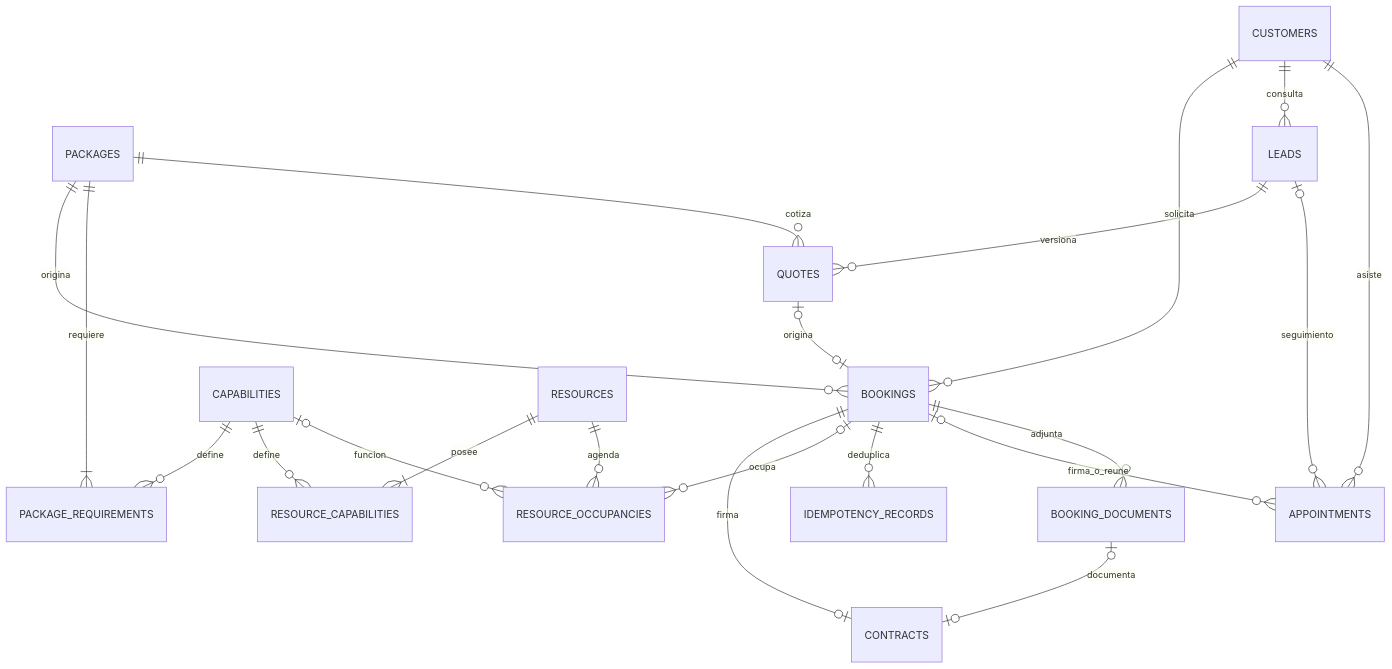
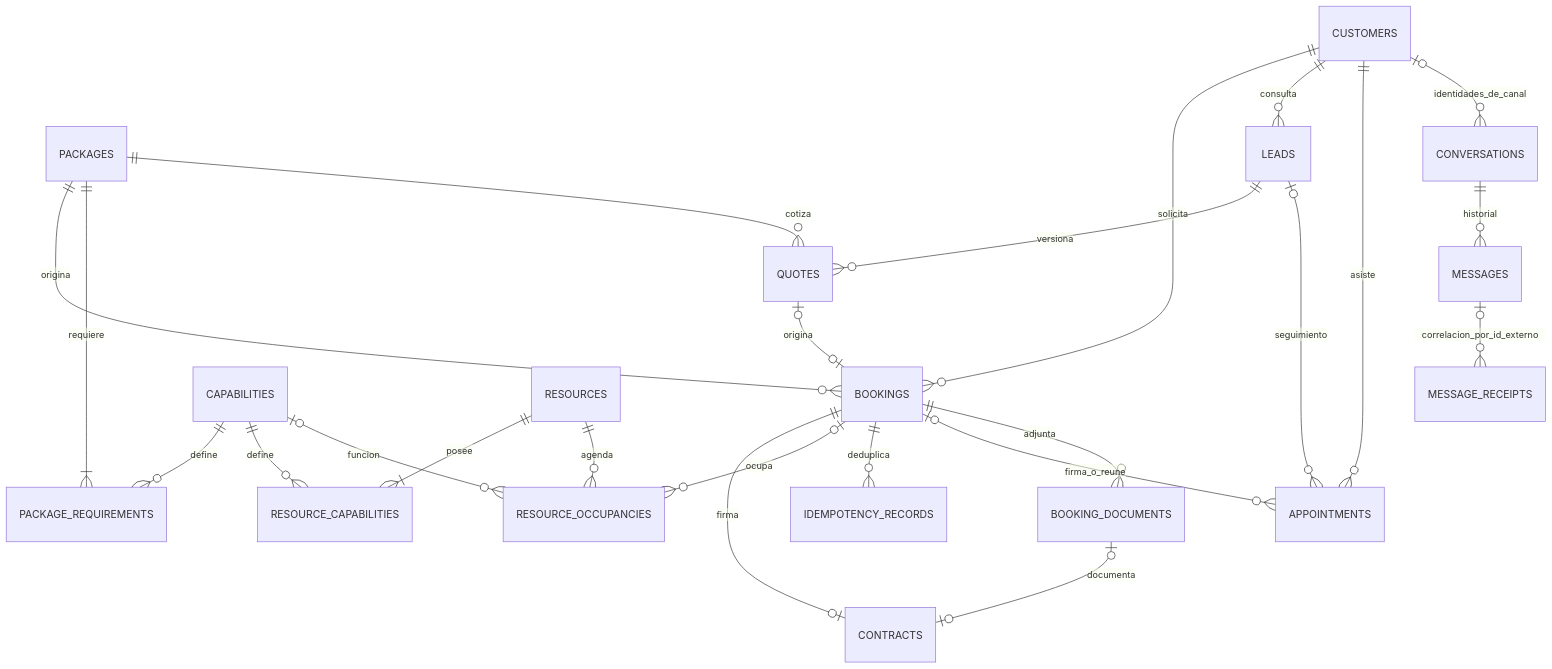
Before and after one commit to LuisRD-Biz/JordyBooking: the diagram in docs/database.md, drawn with Mermaid. The commit also changed other lines of this file and 31 other files, not shown here.

````diff
--- a/docs/database.md
+++ b/docs/database.md
@@ -3,23 +3,26 @@
 ```mermaid
 erDiagram
     CUSTOMERS ||--o{ BOOKINGS : solicita
     PACKAGES ||--o{ BOOKINGS : origina
     PACKAGES ||--|{ PACKAGE_REQUIREMENTS : requiere
     CAPABILITIES ||--o{ PACKAGE_REQUIREMENTS : define
     RESOURCES ||--|{ RESOURCE_CAPABILITIES : posee
     CAPABILITIES ||--o{ RESOURCE_CAPABILITIES : define
     BOOKINGS ||--o| CONTRACTS : firma
     BOOKINGS o|--o{ RESOURCE_OCCUPANCIES : ocupa
     RESOURCES ||--o{ RESOURCE_OCCUPANCIES : agenda
     CAPABILITIES o|--o{ RESOURCE_OCCUPANCIES : funcion
     BOOKINGS ||--o{ IDEMPOTENCY_RECORDS : deduplica
     CUSTOMERS ||--o{ LEADS : consulta
     LEADS ||--o{ QUOTES : versiona
     PACKAGES ||--o{ QUOTES : cotiza
     QUOTES o|--o| BOOKINGS : origina
     CUSTOMERS ||--o{ APPOINTMENTS : asiste
     BOOKINGS o|--o{ APPOINTMENTS : firma_o_reune
     LEADS o|--o{ APPOINTMENTS : seguimiento
     BOOKINGS ||--o{ BOOKING_DOCUMENTS : adjunta
     BOOKING_DOCUMENTS o|--o| CONTRACTS : documenta
+    CUSTOMERS o|--o{ CONVERSATIONS : identidades_de_canal
+    CONVERSATIONS ||--o{ MESSAGES : historial
+    MESSAGES o|--o{ MESSAGE_RECEIPTS : correlacion_por_id_externo
 ```
````
